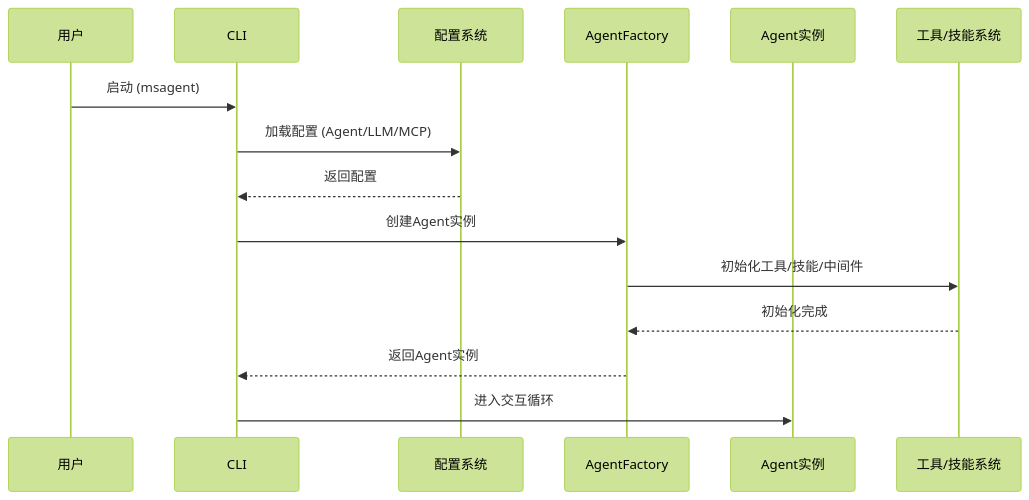
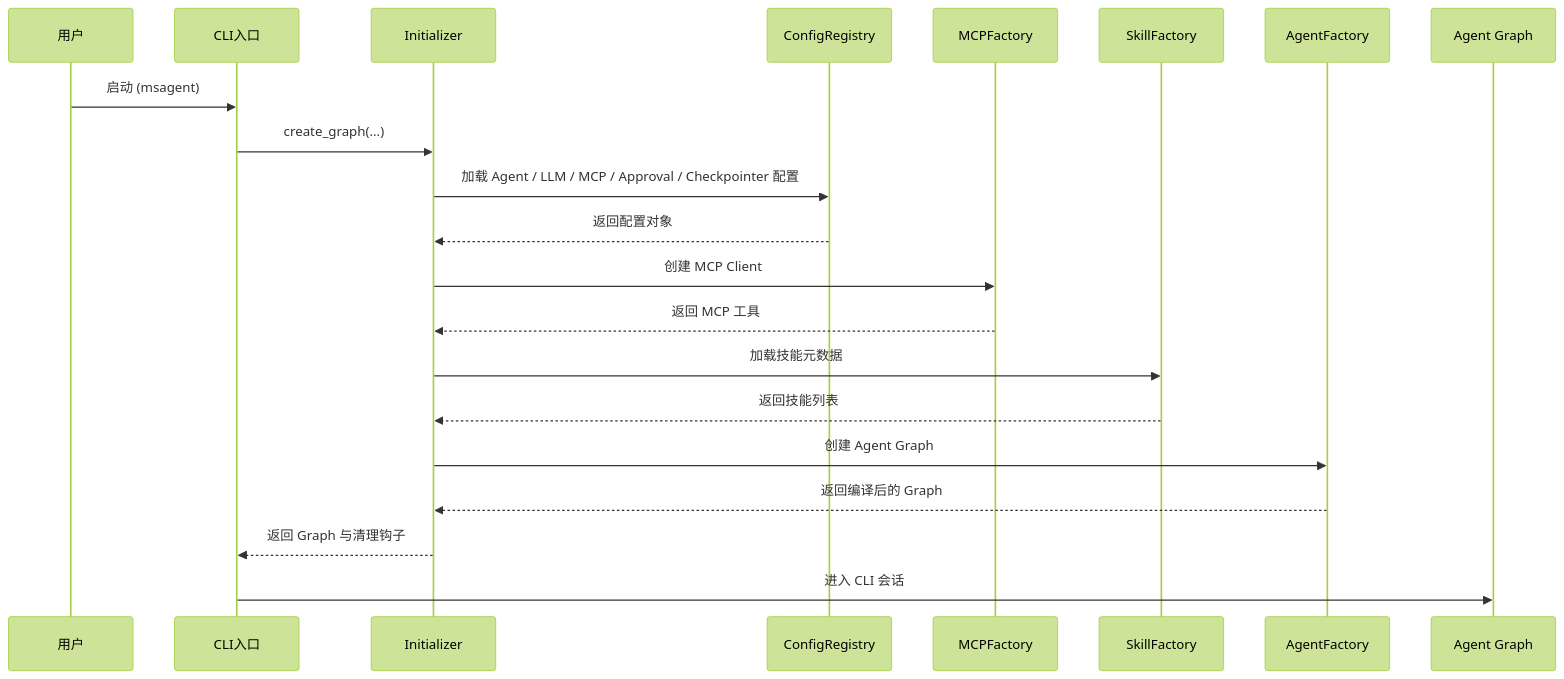
One commit to mindstudio-docs/master changed the first of 2 diagrams in msagent/docs/zh/developer_guide/arch_overview.md. Above: the diagram before and after it, drawn with Mermaid (forest theme). The commit also changed other lines of this file and 48 other files, not shown here.

````diff
--- a/msagent/docs/zh/developer_guide/arch_overview.md
+++ b/msagent/docs/zh/developer_guide/arch_overview.md
@@ -147,18 +165,24 @@
 ```mermaid
 sequenceDiagram
     participant User as 用户
-    participant CLI as CLI
-    participant Config as 配置系统
+    participant Entry as CLI入口
+    participant Init as Initializer
+    participant Config as ConfigRegistry
+    participant MCP as MCPFactory
+    participant Skill as SkillFactory
     participant Factory as AgentFactory
-    participant Agent as Agent实例
-    participant Tool as 工具/技能系统
+    participant Graph as Agent Graph
 
-    User->>CLI: 启动 (msagent)
-    CLI->>Config: 加载配置 (Agent/LLM/MCP)
-    Config-->>CLI: 返回配置
-    CLI->>Factory: 创建Agent实例
-    Factory->>Tool: 初始化工具/技能/中间件
-    Tool-->>Factory: 初始化完成
-    Factory-->>CLI: 返回Agent实例
-    CLI->>Agent: 进入交互循环
+    User->>Entry: 启动 (msagent)
+    Entry->>Init: create_graph(...)
+    Init->>Config: 加载 Agent / LLM / MCP / Approval / Checkpointer 配置
+    Config-->>Init: 返回配置对象
+    Init->>MCP: 创建 MCP Client
+    MCP-->>Init: 返回 MCP 工具
+    Init->>Skill: 加载技能元数据
+    Skill-->>Init: 返回技能列表
+    Init->>Factory: 创建 Agent Graph
+    Factory-->>Init: 返回编译后的 Graph
+    Init-->>Entry: 返回 Graph 与清理钩子
+    Entry->>Graph: 进入 CLI 会话
 ```
````
